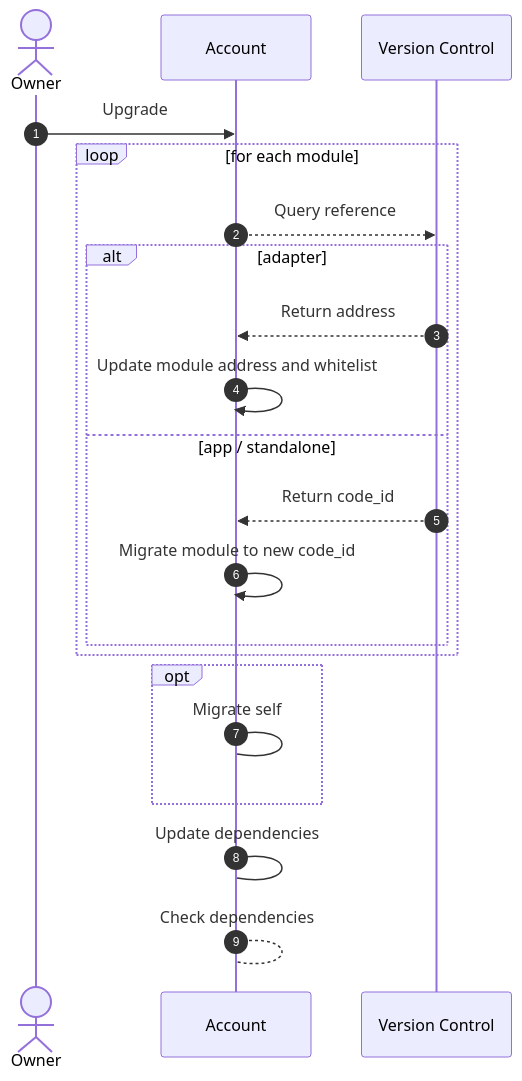
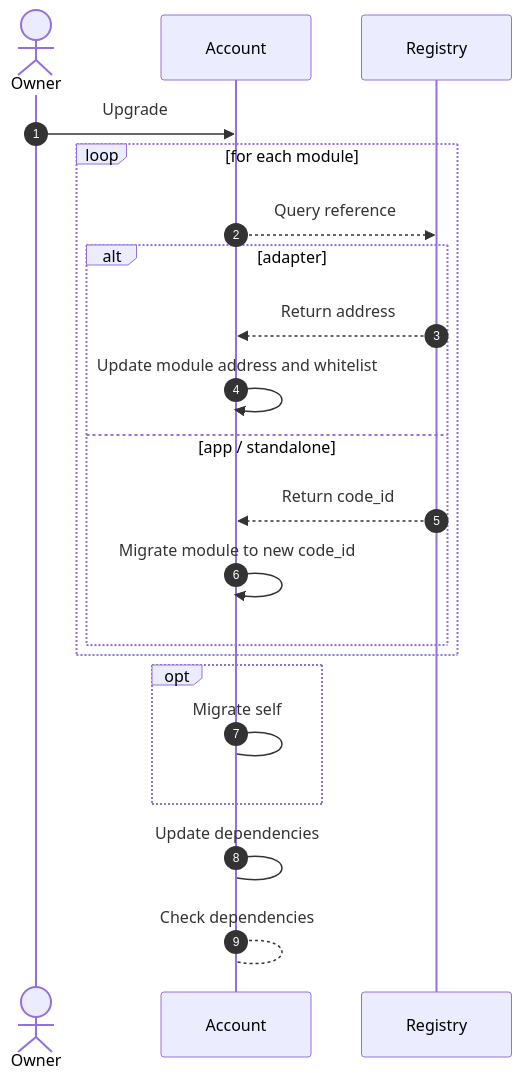
Before and after one commit to AbstractSDK/abstract: the second of 2 diagrams in framework/docs/src/3_framework/7_upgradability.md, drawn with Mermaid. The commit also changed other lines of this file and 14 other files, not shown here.

Commit message:
rename all references to version control to registry in docs

````diff
--- a/framework/docs/src/3_framework/7_upgradability.md
+++ b/framework/docs/src/3_framework/7_upgradability.md
@@ -49,24 +49,24 @@
 ```mermaid
 sequenceDiagram
     autonumber
     actor U as Owner
     participant A as Account
-    participant VC as Version Control
+    participant REG as Registry
     U ->> A: Upgrade
     loop for each module
-        A -->> VC: Query reference
+        A -->> REG: Query reference
         alt adapter
-            VC -->> A: Return address
+            REG -->> A: Return address
             A ->> A: Update module address and whitelist
         else app / standalone
-            VC -->> A: Return code_id
+            REG -->> A: Return code_id
             A ->> A: Migrate module to new code_id
         end
     end
 
     opt
         A -> A: Migrate self
     end
     A -> A: Update dependencies
     A --> A: Check dependencies  
 ```
````
